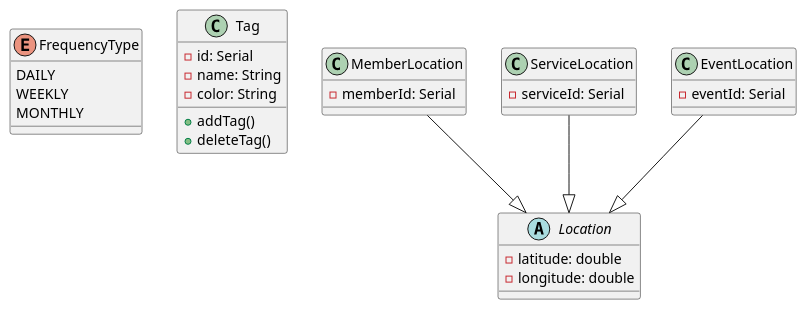
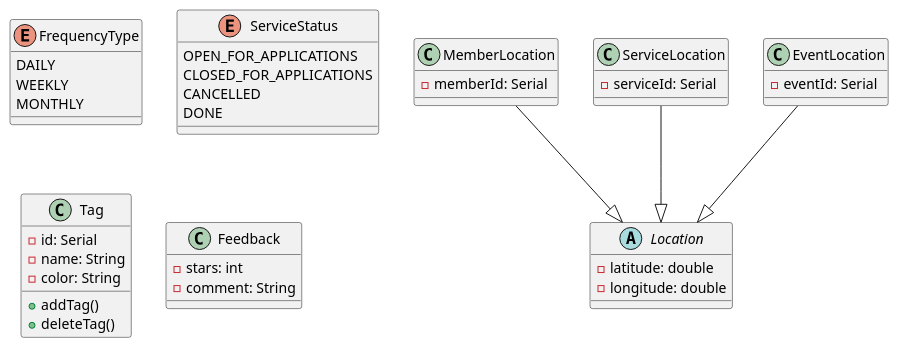
The diagram in models.puml (ZDenizYStenhaug/swe573-Project), drawn with PlantUML before and after one commit. The commit also changed 5 other files, not shown here.

```diff
--- a/models.puml
+++ b/models.puml
@@ -1,36 +1,49 @@
 @startuml
 enum FrequencyType {
     DAILY
     WEEKLY
     MONTHLY
+}
+
+enum ServiceStatus {
+    OPEN_FOR_APPLICATIONS
+    CLOSED_FOR_APPLICATIONS
+    CANCELLED
+    DONE
 }
 class Tag {
     -id: Serial
     -name: String
     -color: String
 
     +addTag()
     +deleteTag()
 }
 
 abstract class Location {
     - latitude: double
     - longitude: double
     }
 
 class MemberLocation {
     -memberId: Serial
 }
 
 MemberLocation --|> Location
 
 class ServiceLocation {
     -serviceId: Serial
 }
 ServiceLocation --|> Location
 
 class EventLocation {
     -eventId: Serial
 }
+
+
+class Feedback {
+    -stars: int
+    -comment: String
+}
 EventLocation --|> Location
 @enduml
```
